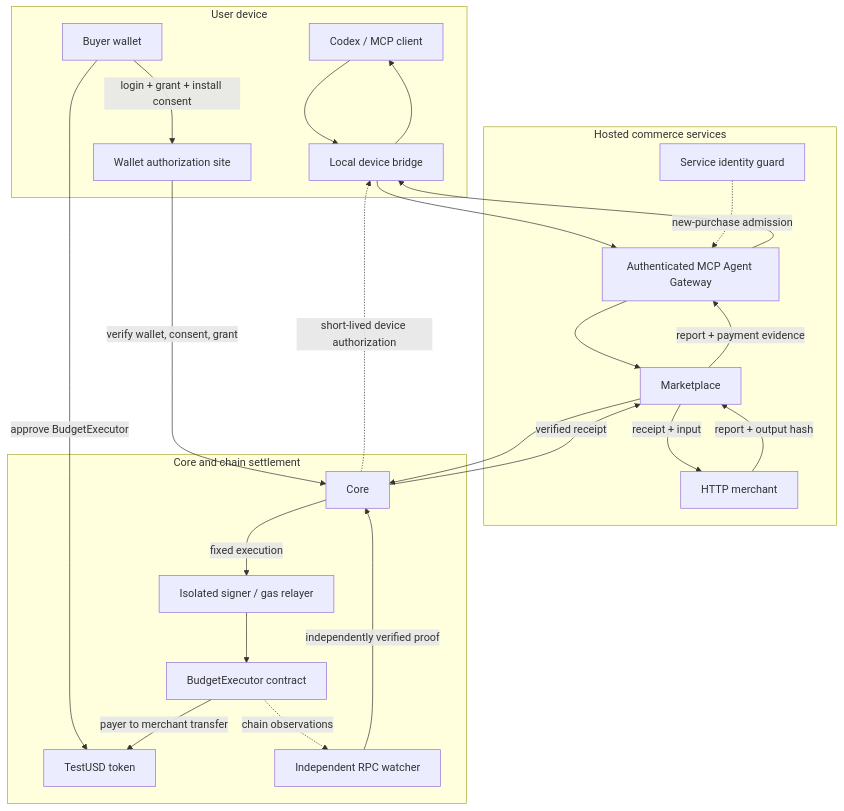
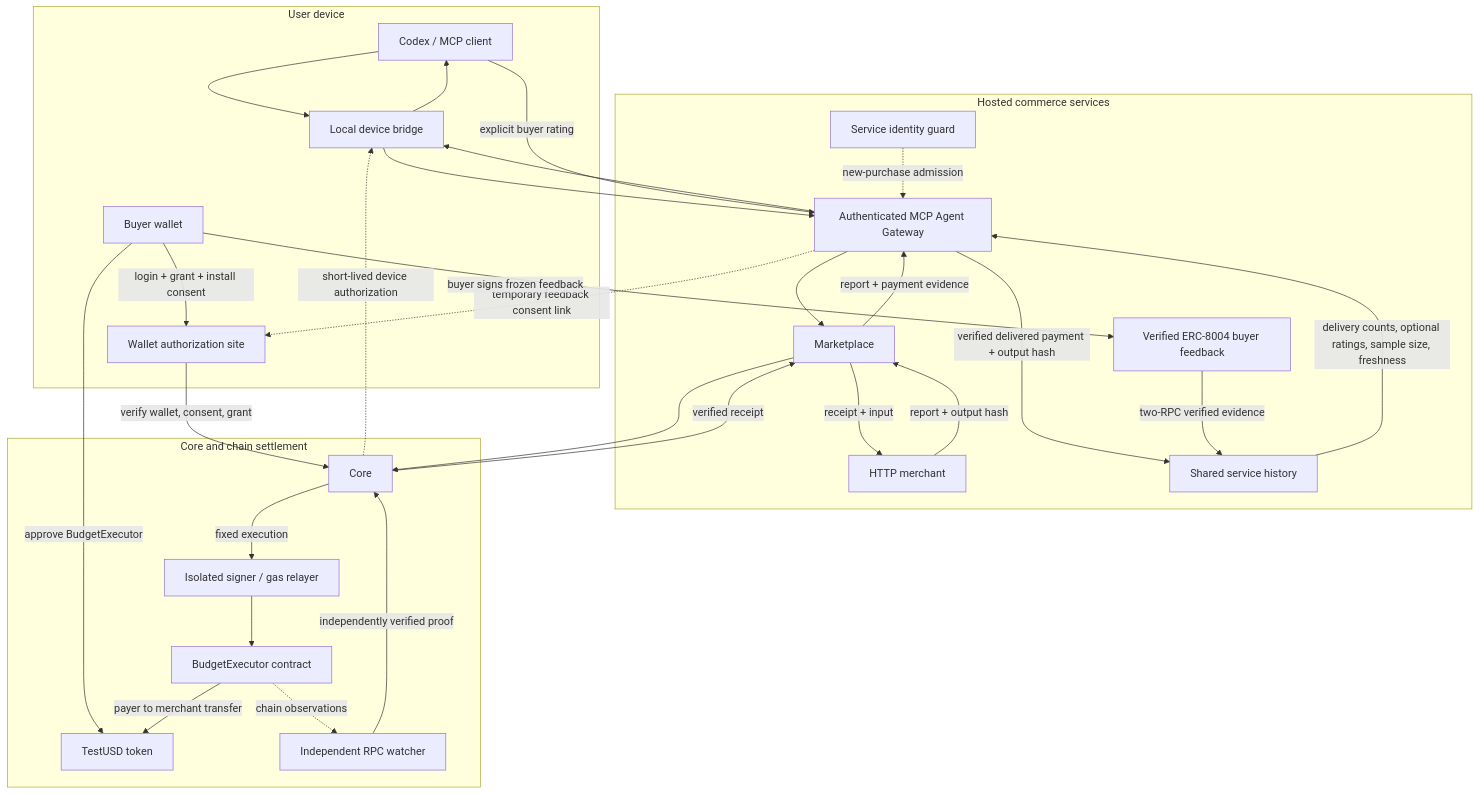
Before and after one commit to HEchooo/agentonomy-commerce: the diagram in README.md, drawn with Mermaid. The commit also changed other lines of this file and 30 other files, not shown here.

Commit message:
Add verified buyer feedback, service history and explicit grant renewal

````diff
--- a/README.md
+++ b/README.md
@@ -45,40 +47,48 @@
 ```mermaid
 flowchart TB
   %% Logical component dependencies; arrows are not a transport trace.
   subgraph device[User device]
     A[Codex / MCP client]
     D[Local device bridge]
     W[Buyer wallet]
     U[Wallet authorization site]
   end
 
   subgraph services[Hosted commerce services]
     G[Authenticated MCP Agent Gateway]
     M[Marketplace]
     I[Service identity guard]
     R[HTTP merchant]
+    H[Shared service history]
+    F[Verified ERC-8004 buyer feedback]
   end
 
   subgraph settlement[Core and chain settlement]
     C[Core]
     X[Isolated signer / gas relayer]
     B[BudgetExecutor contract]
     T[TestUSD token]
     V[Independent RPC watcher]
   end
 
   W -->|login + grant + install consent| U
   W -->|approve BudgetExecutor| T
   U -->|verify wallet, consent, grant| C
   C -.->|short-lived device authorization| D
   A --> D --> G --> M --> C
   I -.->|new-purchase admission| G
   C -->|fixed execution| X --> B
   B -->|payer to merchant transfer| T
   B -.->|chain observations| V
   V -->|independently verified proof| C
   C -->|verified receipt| M
   M -->|receipt + input| R
   R -->|report + output hash| M
   M -->|report + payment evidence| G --> D --> A
+  G -->|verified delivered payment + output hash| H
+  A -->|explicit buyer rating| G
+  G -.->|temporary feedback consent link| U
+  W -->|buyer signs frozen feedback| F
+  F -->|two-RPC verified evidence| H
+  H -->|delivery counts, optional ratings, sample size, freshness| G
 ```
````
